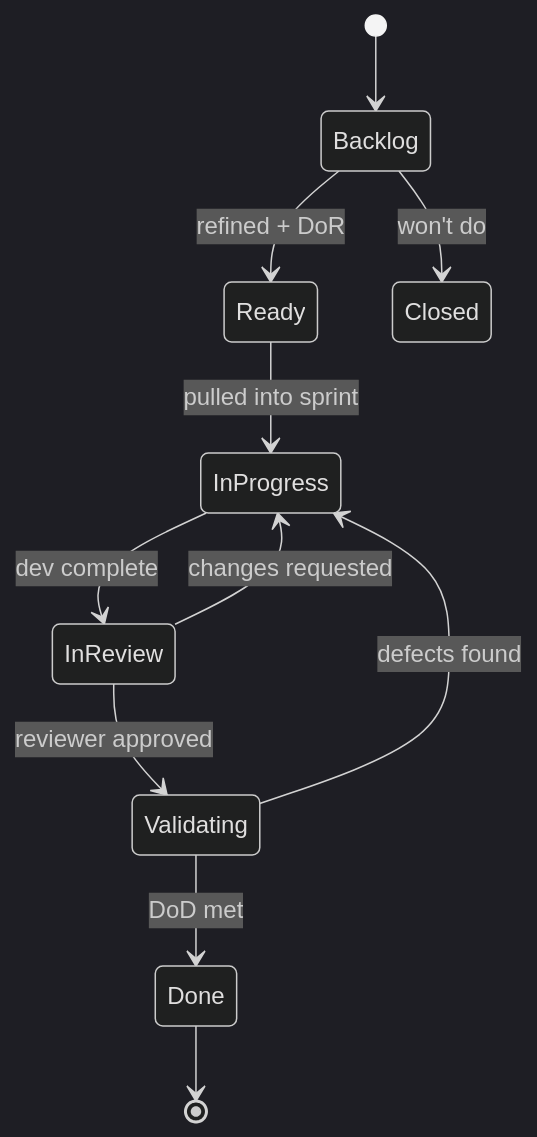
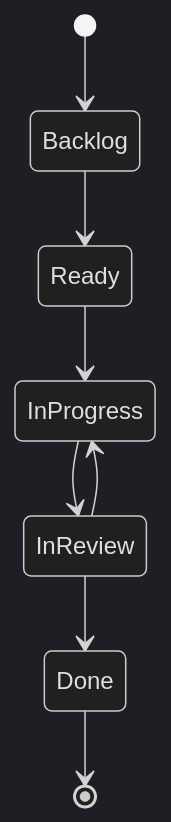
One commit to jnPiyush/AgentX changed the third of 3 diagrams in .github/templates/BACKLOG-TEMPLATE.md. Above: the diagram before and after it, drawn with Mermaid (dark theme). The commit also changed other lines of this file and 339 other files, not shown here.

````diff
--- a/.github/templates/BACKLOG-TEMPLATE.md
+++ b/.github/templates/BACKLOG-TEMPLATE.md
@@ -265,13 +156,10 @@
 ```mermaid
 stateDiagram-v2
-  [*] --> Backlog
-  Backlog --> Ready: refined + DoR
-  Ready --> InProgress: pulled into sprint
-  InProgress --> InReview: dev complete
-  InReview --> Validating: reviewer approved
-  InReview --> InProgress: changes requested
-  Validating --> Done: DoD met
-  Validating --> InProgress: defects found
-  Done --> [*]
-  Backlog --> Closed: won't do
+    [*] --> Backlog
+    Backlog --> Ready
+    Ready --> InProgress
+    InProgress --> InReview
+    InReview --> Done
+    InReview --> InProgress
+    Done --> [*]
 ```
````
